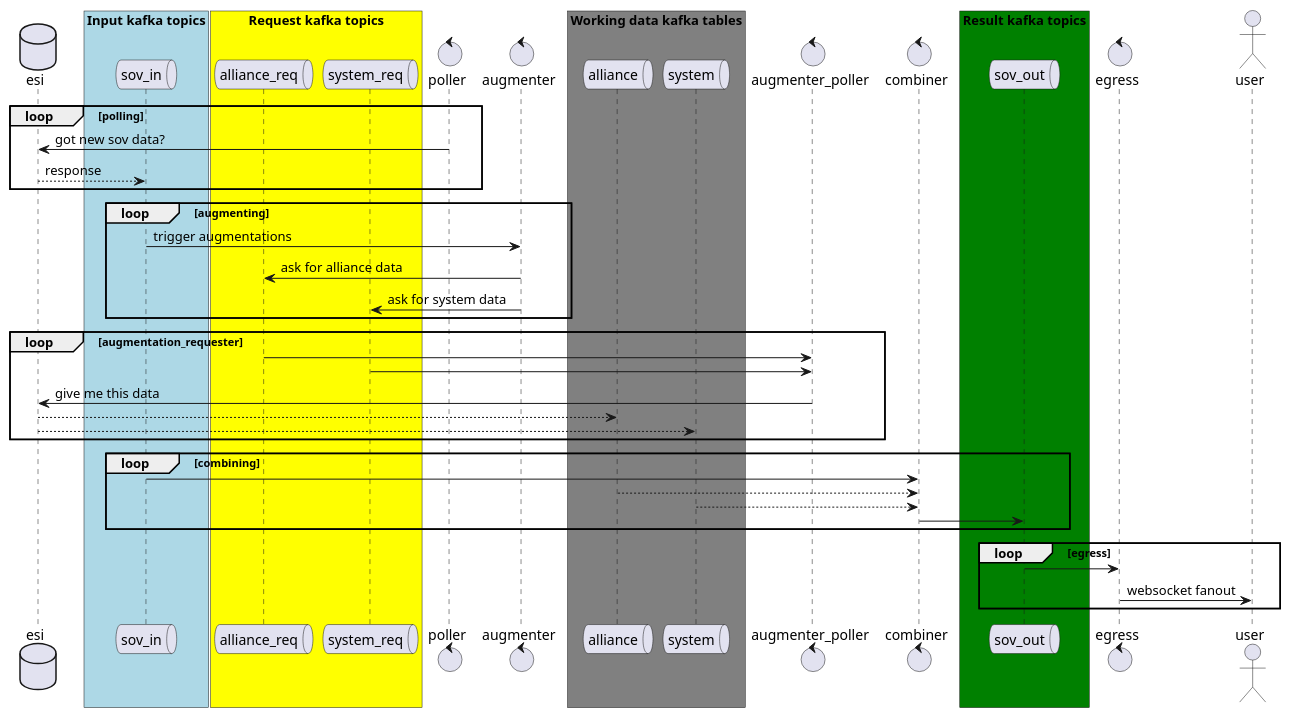
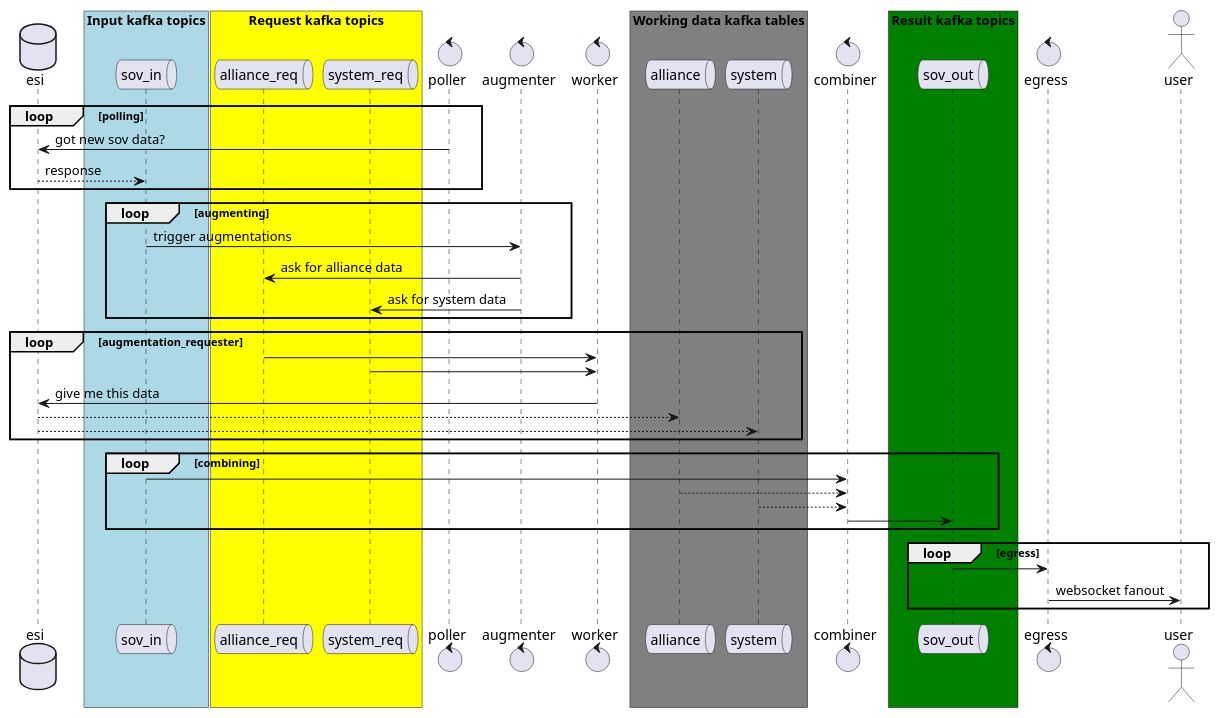
Before and after one commit to andimiller/timerboard-net-backend-kafka: the diagram in docs/architecture.md, drawn with PlantUML.

Commit message:
rename augmenter_poller to worker

```diff
--- a/docs/architecture.md
+++ b/docs/architecture.md
@@ -7,67 +7,67 @@
 @startuml
 
 database esi
 
 box "Input kafka topics" #LightBlue
 queue sov_in
 end box
 
 box "Request kafka topics" #Yellow
 queue alliance_req
 queue system_req
 end box
 
 
 control poller
 control augmenter
 
+control worker
 box "Working data kafka tables" #Grey
 queue alliance
 queue system
 end box
 
-control augmenter_poller
 control combiner
 
 box "Result kafka topics" #Green
 queue sov_out
 end box
 
 
 control egress
 
 actor user
 
 
 loop polling
 poller -> esi: got new sov data?
 esi --> sov_in : response
 end
 
 loop augmenting
 sov_in -> augmenter : trigger augmentations
 augmenter -> alliance_req: ask for alliance data
 augmenter -> system_req: ask for system data 
 end
 
 loop augmentation_requester
-augmenter_poller <- alliance_req
-augmenter_poller <- system_req
-augmenter_poller -> esi: give me this data
+worker <- alliance_req
+worker <- system_req
+worker -> esi: give me this data
 esi --> alliance
 esi --> system
 end
 
 loop combining
 sov_in -> combiner
 alliance --> combiner
 system --> combiner
 combiner -> sov_out
 end
 
 loop egress
 sov_out -> egress
 egress -> user: websocket fanout
 end
 
 @enduml
```
